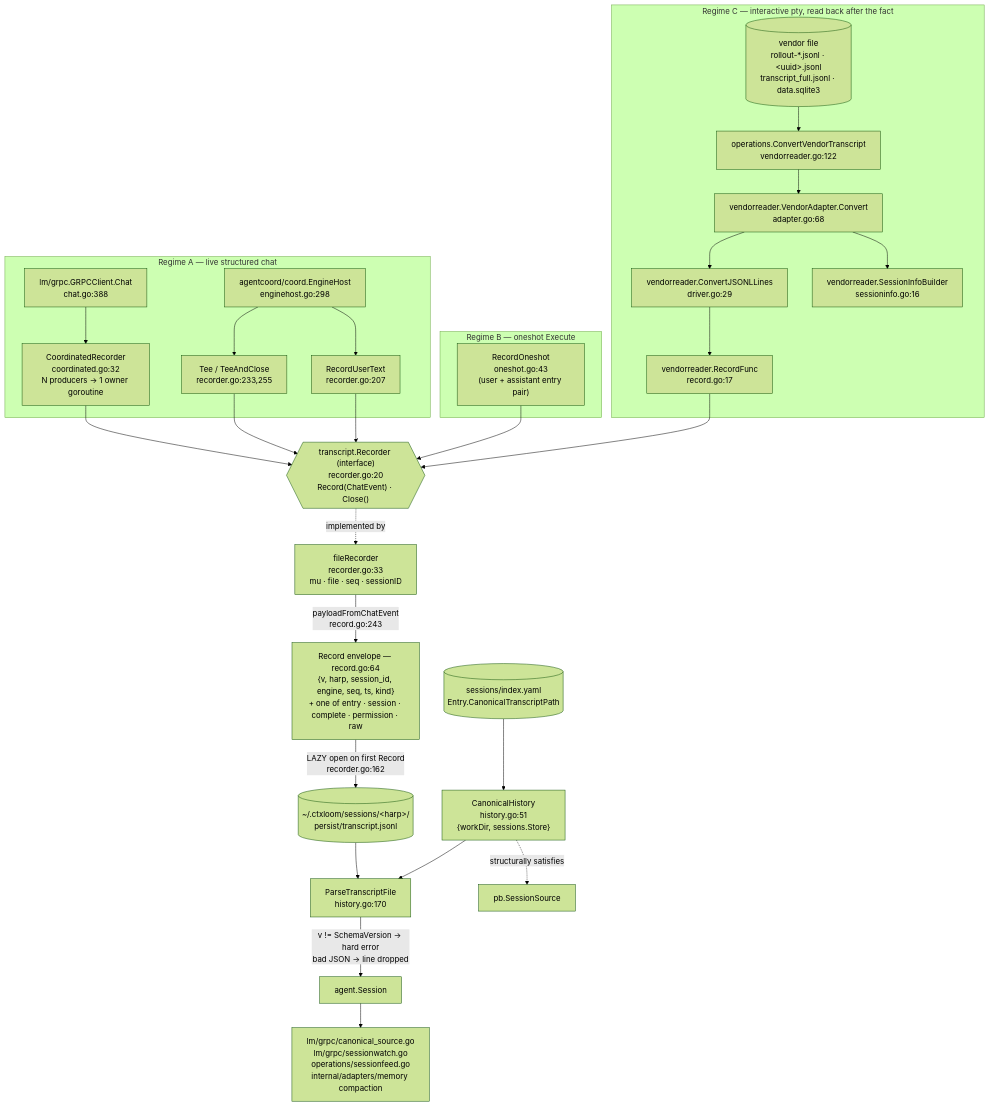
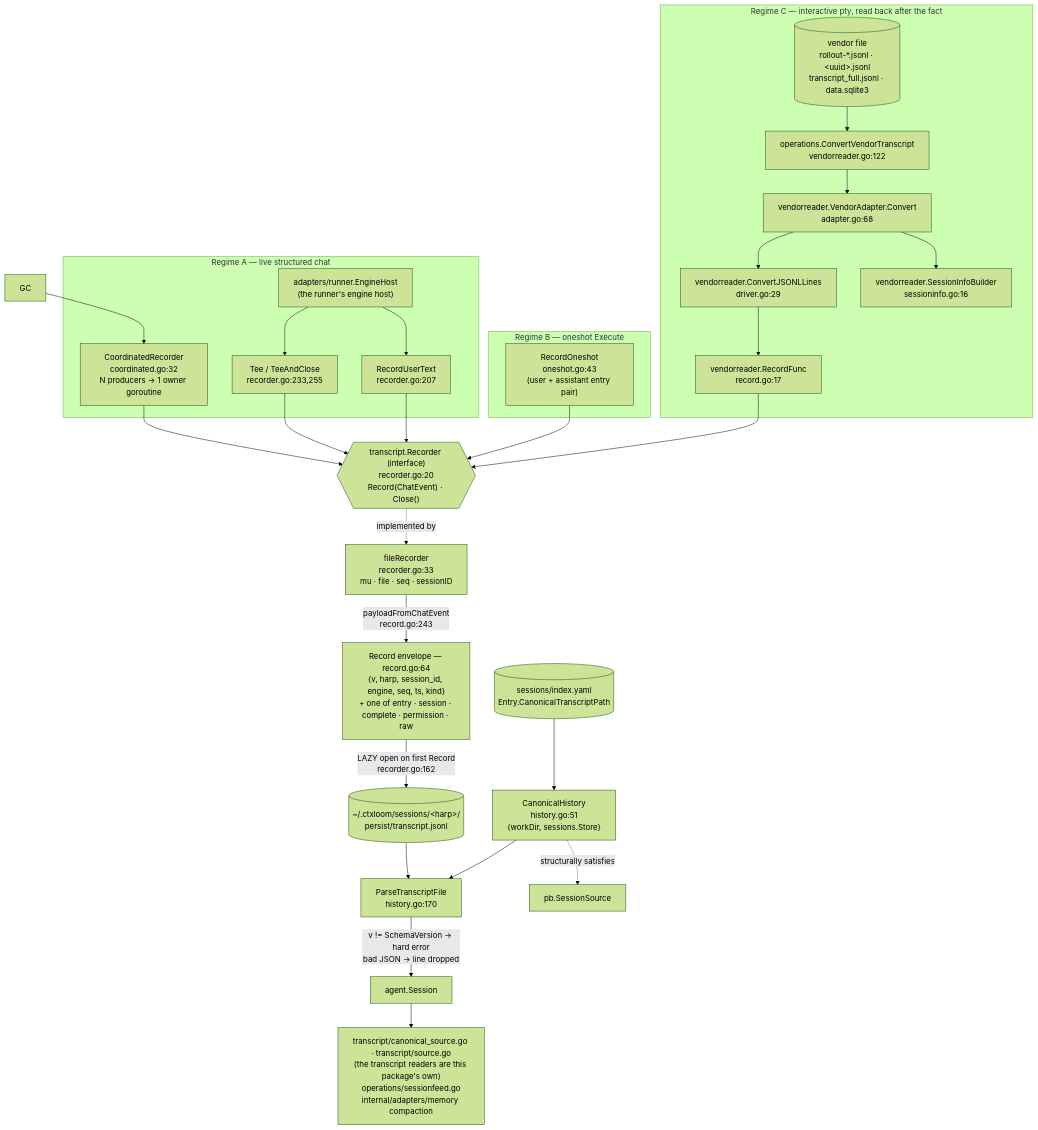
One commit to ctxloom/ctxloom changed the first of 2 diagrams in docs/architecture/companions/transcript.md. Above: the diagram before and after it, drawn with Mermaid (forest theme). The commit also changed other lines of this file and 8 other files, not shown here.

First line of the commit message:
docs(architecture): item 5 landed — the companion's session-endpoint declaration; the stdio, socket and forward tiers gone

````diff
--- a/docs/architecture/companions/transcript.md
+++ b/docs/architecture/companions/transcript.md
@@ -23,47 +23,46 @@
 ```mermaid
 flowchart TD
     subgraph live["Regime A — live structured chat"]
-      GC["lm/grpc.GRPCClient.Chat<br/>chat.go:388"]
-      EH["agentcoord/coord.EngineHost<br/>enginehost.go:298"]
+      EH["adapters/runner.EngineHost<br/>(the runner's engine host)"]
       CR["CoordinatedRecorder<br/>coordinated.go:32<br/>N producers → 1 owner goroutine"]
       TEE["Tee / TeeAndClose<br/>recorder.go:233,255"]
       RUT["RecordUserText<br/>recorder.go:207"]
     end
 
     subgraph oneshot["Regime B — oneshot Execute"]
       RO["RecordOneshot<br/>oneshot.go:43<br/>(user + assistant entry pair)"]
     end
 
     subgraph vendor["Regime C — interactive pty, read back after the fact"]
       VF[("vendor file<br/>rollout-*.jsonl · &lt;uuid&gt;.jsonl<br/>transcript_full.jsonl · data.sqlite3")]
       CVT["operations.ConvertVendorTranscript<br/>vendorreader.go:122"]
       VA["vendorreader.VendorAdapter.Convert<br/>adapter.go:68"]
       DRV["vendorreader.ConvertJSONLLines<br/>driver.go:29"]
       SIB["vendorreader.SessionInfoBuilder<br/>sessioninfo.go:16"]
       RF["vendorreader.RecordFunc<br/>record.go:17"]
     end
 
     GC --> CR
     EH --> TEE
     EH --> RUT
     CR --> RECI
     TEE --> RECI
     RUT --> RECI
     RO --> RECI
     VF --> CVT --> VA --> DRV
     VA --> SIB
     DRV --> RF --> RECI
 
     RECI{{"transcript.Recorder (interface)<br/>recorder.go:20<br/>Record(ChatEvent) · Close()"}}
     RECI -.implemented by.-> FR["fileRecorder<br/>recorder.go:33<br/>mu · file · seq · sessionID"]
 
     FR -->|"payloadFromChatEvent<br/>record.go:243"| REC["Record envelope — record.go:64<br/>{v, harp, session_id, engine, seq, ts, kind}<br/>+ one of entry · session · complete · permission · raw"]
     REC -->|"LAZY open on first Record<br/>recorder.go:162"| DISK[("~/.ctxloom/sessions/&lt;harp&gt;/<br/>persist/transcript.jsonl")]
 
     DISK --> PTF["ParseTranscriptFile<br/>history.go:170"]
     PTF -->|"v != SchemaVersion → hard error<br/>bad JSON → line dropped"| SESS["agent.Session"]
     CH["CanonicalHistory<br/>history.go:51<br/>{workDir, sessions.Store}"] --> PTF
     CH -.structurally satisfies.-> PBS["pb.SessionSource"]
     IDX[("sessions/index.yaml<br/>Entry.CanonicalTranscriptPath")] --> CH
-    SESS --> CONS["lm/grpc/canonical_source.go<br/>lm/grpc/sessionwatch.go<br/>operations/sessionfeed.go<br/>internal/adapters/memory compaction"]
+    SESS --> CONS["transcript/canonical_source.go · transcript/source.go<br/>(the transcript readers are this package's own)<br/>operations/sessionfeed.go<br/>internal/adapters/memory compaction"]
 ```
````
